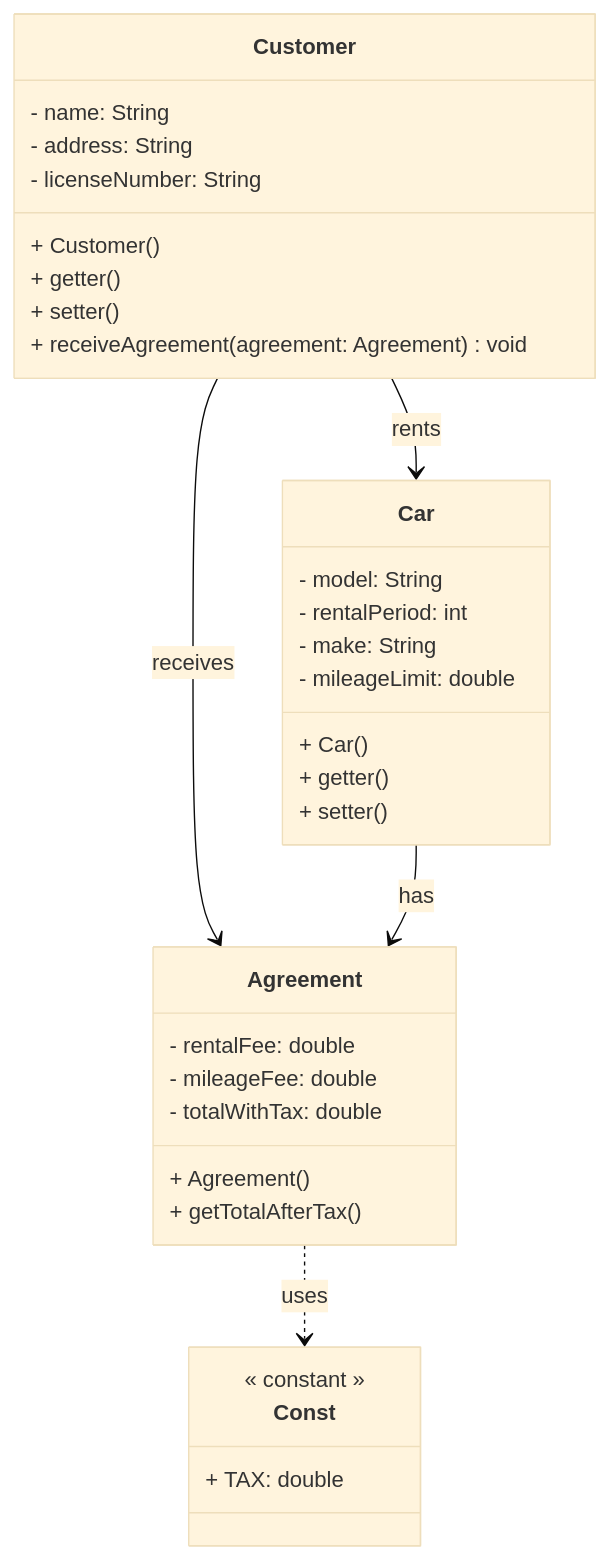
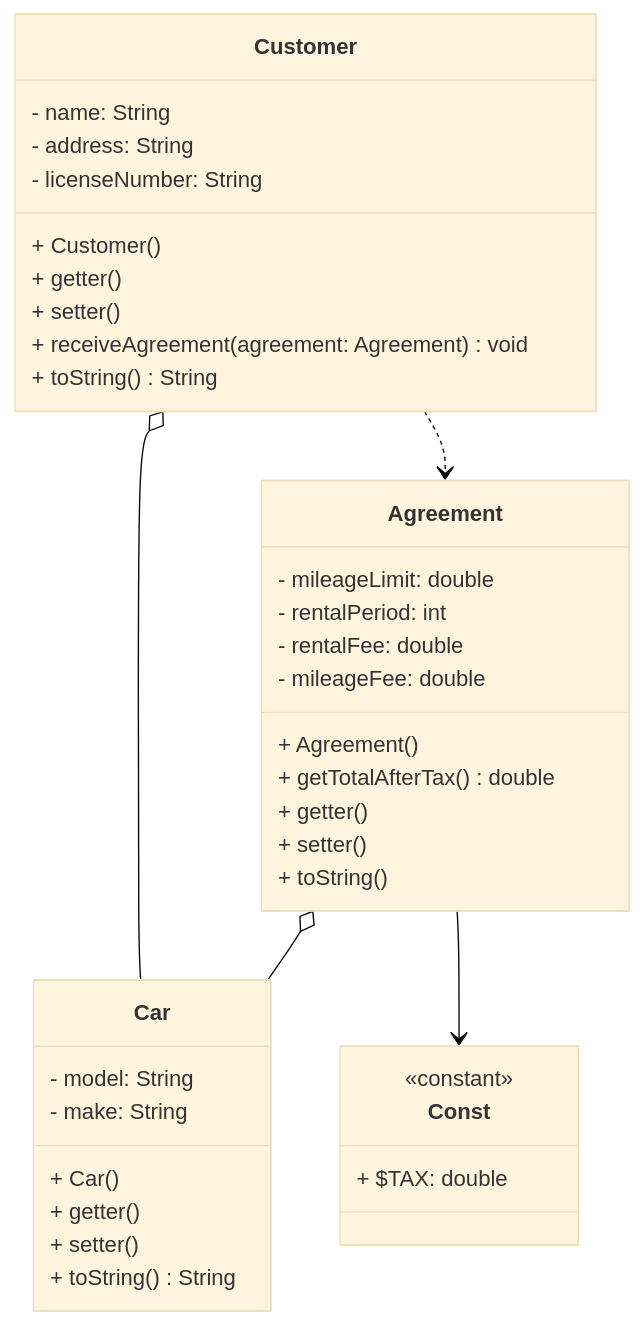
One commit to ngsang149dev/CIT-EIU changed the diagram in CSE203/Lab1/Problem3/CarService.mmd. Above: the diagram before and after it, drawn with Mermaid (base theme). The commit also changed other lines of this file and 5 other files, not shown here.

```diff
--- a/CSE203/Lab1/Problem3/CarService.mmd
+++ b/CSE203/Lab1/Problem3/CarService.mmd
@@ -1,35 +1,39 @@
 classDiagram
     class Customer {
         - name: String
         - address: String
         - licenseNumber: String
         + Customer()
         + getter()
         + setter()
         + receiveAgreement(agreement: Agreement) void
+        + toString() String
     }
     class Car {
         - model: String
-        - rentalPeriod: int
         - make: String
-        - mileageLimit: double
         + Car()
         + getter()
         + setter()
+        + toString() String
     }
     class Agreement {
+        - mileageLimit: double
+        - rentalPeriod: int
         - rentalFee: double
         - mileageFee: double
-        - totalWithTax: double
         + Agreement()
-        + getTotalAfterTax()
+        + getTotalAfterTax() double
+        + getter()
+        + setter()
+        + toString()
     }
     class Const {
-        << constant >> 
-        + TAX: double
+        <<constant>> 
+        + $TAX: double
     }
 
-    Customer --> Car: rents
-    Customer --> Agreement: receives
-    Car --> Agreement: has
-    Agreement ..> Const: uses
+    Agreement o-- Car
+    Customer ..> Agreement
+    Customer o-- Car
+    Agreement --> Const
```
